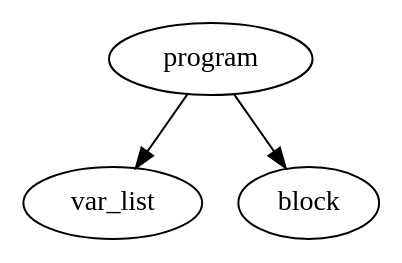
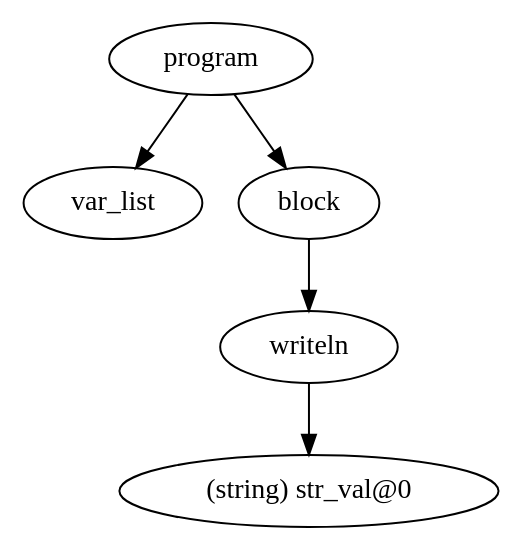
Before and after one commit to Juliana-Repossi/Compilador-Pascal-MIPS: the diagram in out/basic/ex1.dot, drawn with Graphviz. The commit also changed 134 other files, not shown here.

```diff
--- a/out/basic/ex1.dot
+++ b/out/basic/ex1.dot
@@ -1,8 +1,12 @@
 digraph {
 graph [ordering="out"];
 node0[label="program"];
 node1[label="var_list"];
 node0 -> node1;
 node2[label="block"];
+node3[label="writeln"];
+node4[label="(string) str_val@0"];
+node3 -> node4;
+node2 -> node3;
 node0 -> node2;
 }
```
